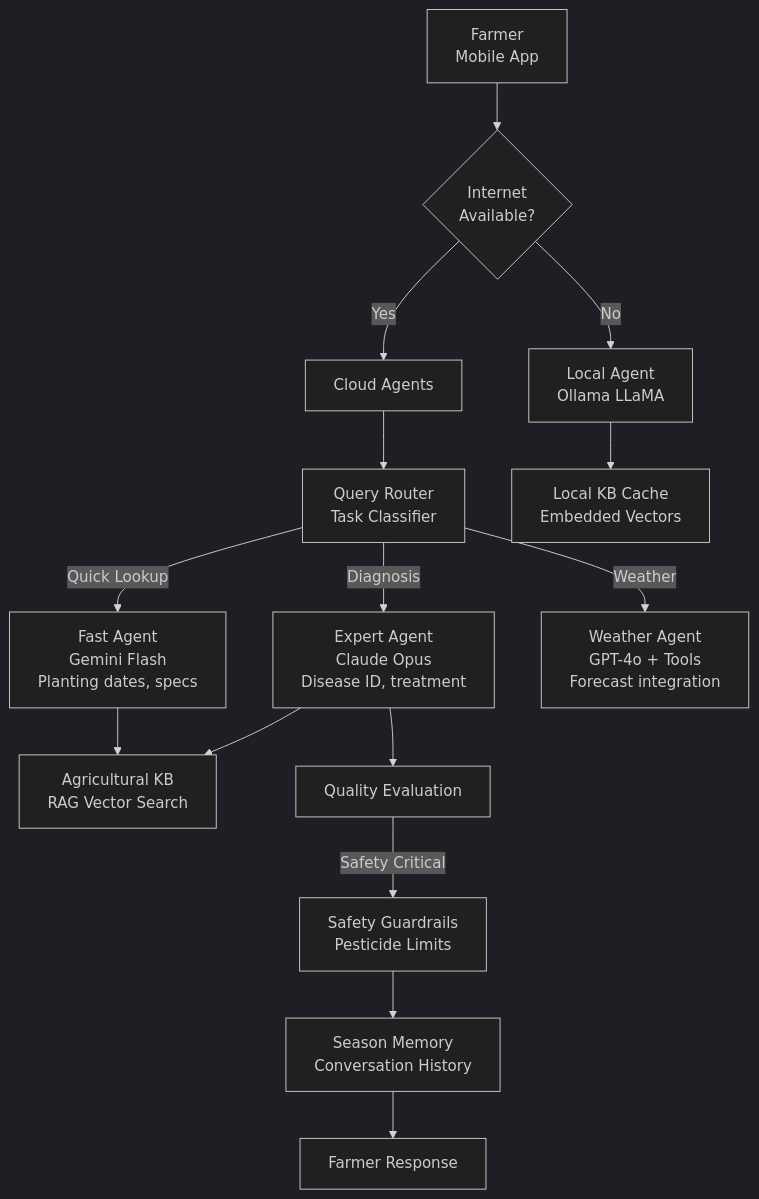
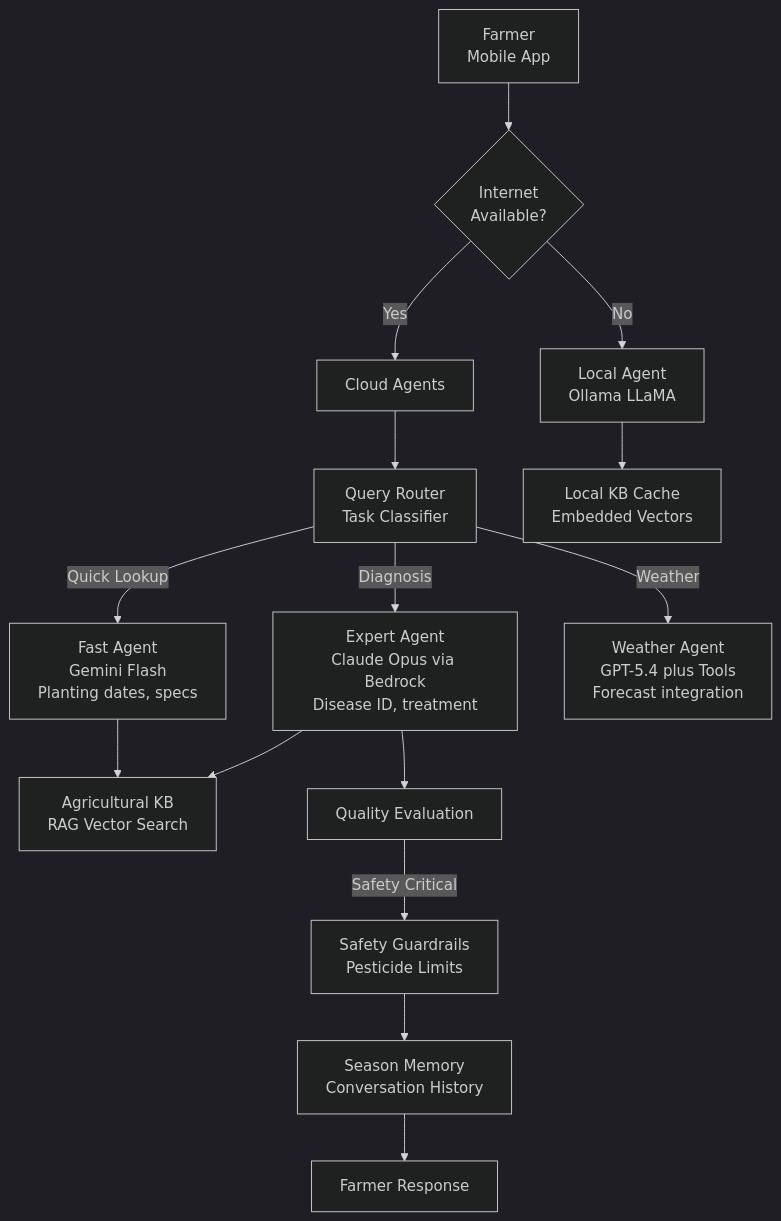
One commit to juspay/neurolink-blog changed the diagram in _posts/2026-02-05-ai-farm-advisory-agricultural-rag.md. Above: the diagram before and after it, drawn with Mermaid (dark theme). The commit also changed other lines of this file and 172 other files, not shown here.

````diff
--- a/_posts/2026-02-05-ai-farm-advisory-agricultural-rag.md
+++ b/_posts/2026-02-05-ai-farm-advisory-agricultural-rag.md
@@ -41,21 +41,21 @@
 ```mermaid
 flowchart TB
     Farmer[Farmer<br/>Mobile App] --> Connectivity{Internet<br/>Available?}
 
     Connectivity -->|Yes| Cloud[Cloud Agents]
     Connectivity -->|No| Local[Local Agent<br/>Ollama LLaMA]
 
     Cloud --> Router[Query Router<br/>Task Classifier]
     Router -->|Quick Lookup| Fast[Fast Agent<br/>Gemini Flash<br/>Planting dates, specs]
-    Router -->|Diagnosis| Expert[Expert Agent<br/>Claude Opus<br/>Disease ID, treatment]
-    Router -->|Weather| Weather[Weather Agent<br/>GPT-4o + Tools<br/>Forecast integration]
+    Router -->|Diagnosis| Expert[Expert Agent<br/>Claude Opus via Bedrock<br/>Disease ID, treatment]
+    Router -->|Weather| Weather[Weather Agent<br/>GPT-5.4 plus Tools<br/>Forecast integration]
 
     Fast --> KB[Agricultural KB<br/>RAG Vector Search]
     Expert --> KB
     Local --> LocalKB[Local KB Cache<br/>Embedded Vectors]
 
     Expert --> Eval[Quality Evaluation]
     Eval -->|Safety Critical| Guard[Safety Guardrails<br/>Pesticide Limits]
     Guard --> Memory[Season Memory<br/>Conversation History]
     Memory --> Response[Farmer Response]
 ```
````
